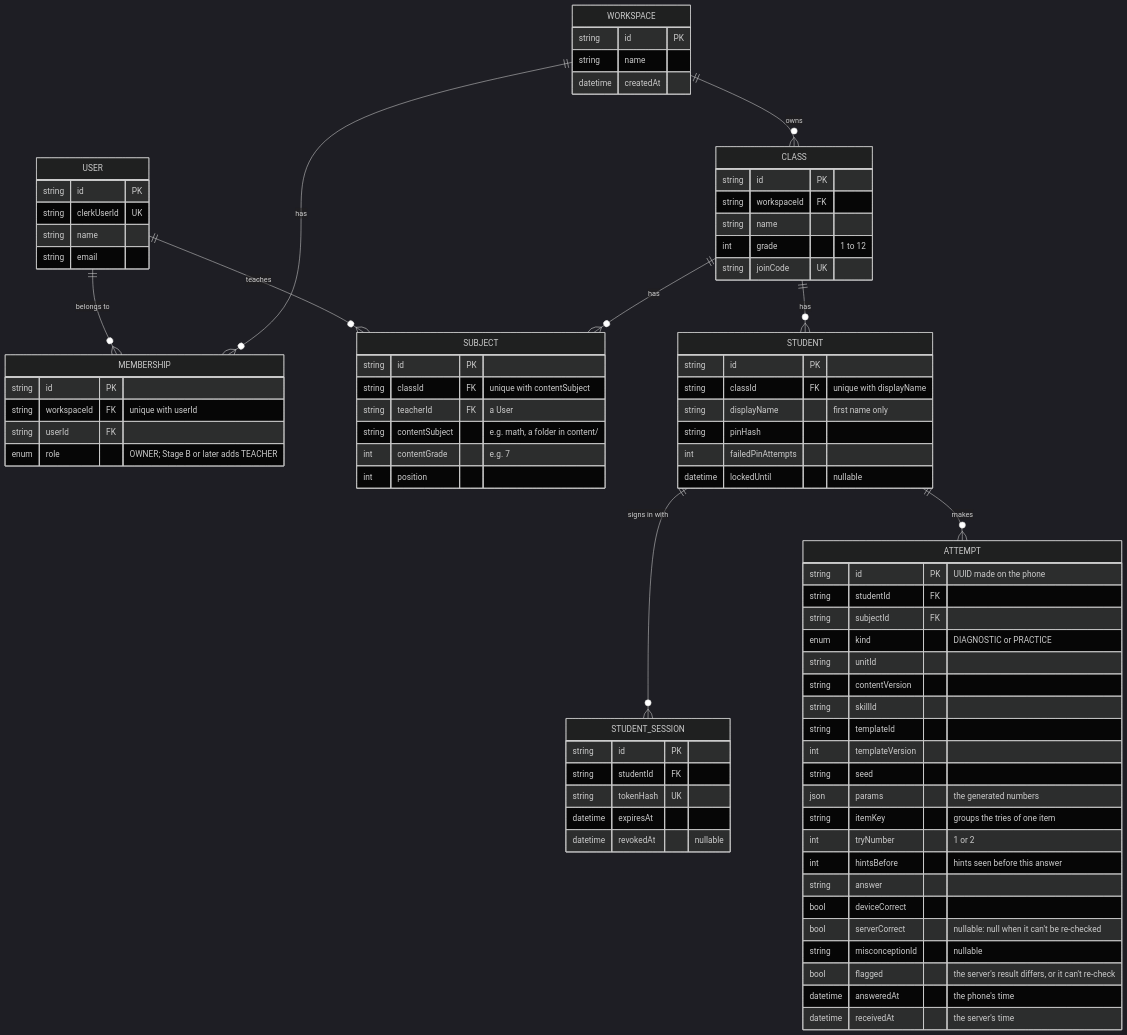
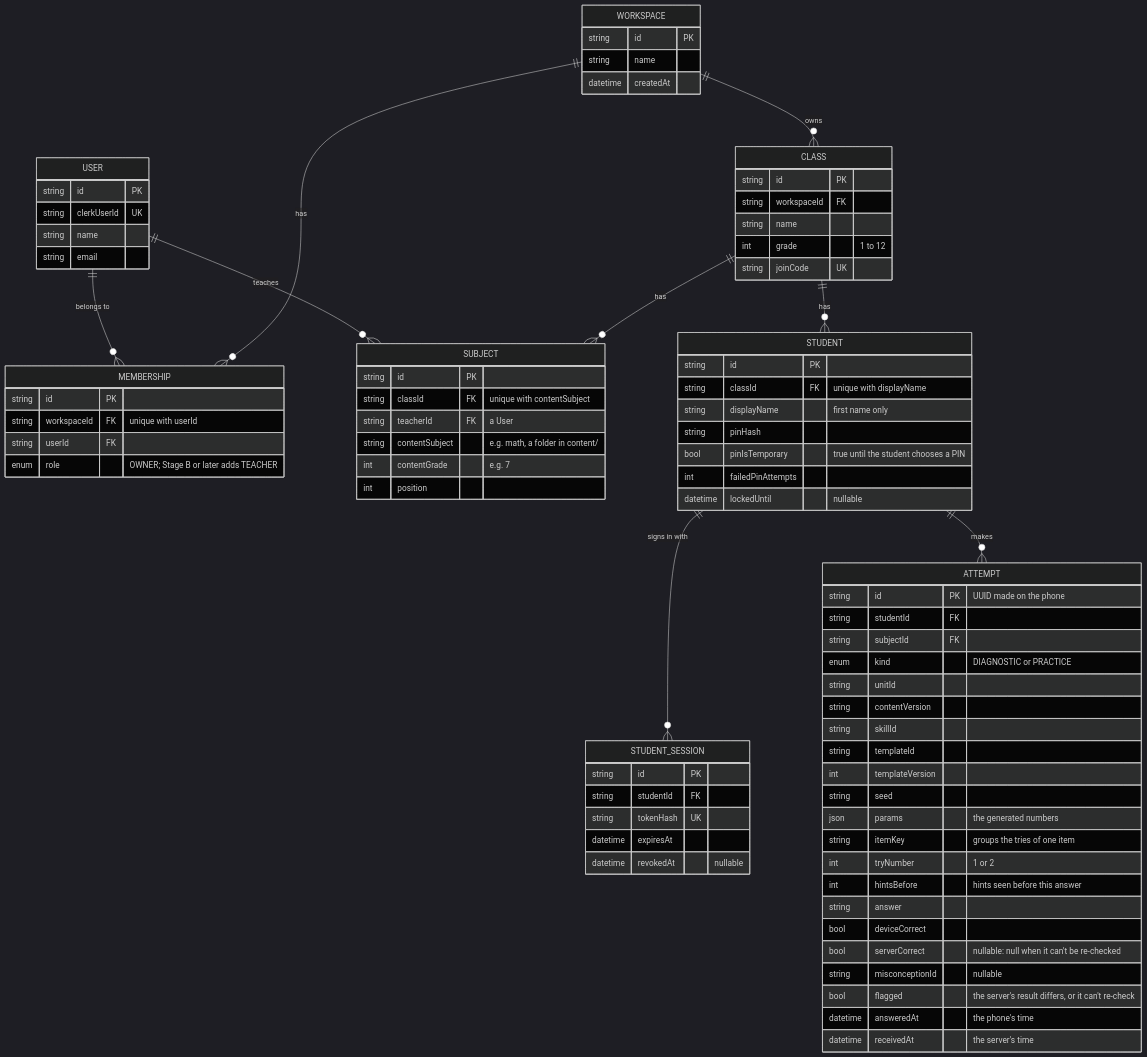
One commit to Majed-RO/darsi changed the second of 2 diagrams in docs/plan/02-architecture.md. Above: the diagram before and after it, drawn with Mermaid (dark theme). The commit also changed other lines of this file and 6 other files, not shown here.

```diff
--- a/docs/plan/02-architecture.md
+++ b/docs/plan/02-architecture.md
@@ -169,6 +170,7 @@
     string classId FK "unique with displayName"
     string displayName "first name only"
     string pinHash
+    bool pinIsTemporary "true until the student chooses a PIN"
     int failedPinAttempts
     datetime lockedUntil "nullable"
   }
```
